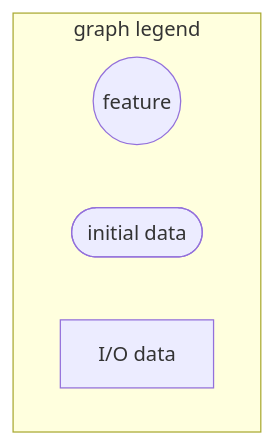
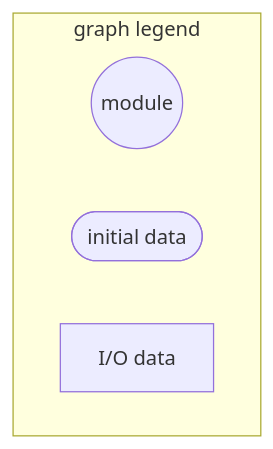
The first of 11 diagrams in docs/source/user_guide/fundamental.md (marcnol/pyHiM), drawn with Mermaid before and after one commit. The commit also changed other lines of this file and 5 other files, not shown here.

````diff
--- a/docs/source/user_guide/fundamental.md
+++ b/docs/source/user_guide/fundamental.md
@@ -62,8 +62,8 @@
 ```{mermaid}
 flowchart TD
 	subgraph graph legend
-		Z1((feature))
+		Z1((module))
 		Z2([initial data])
 		Z3[I/O data]
 	end 
 ```
````
